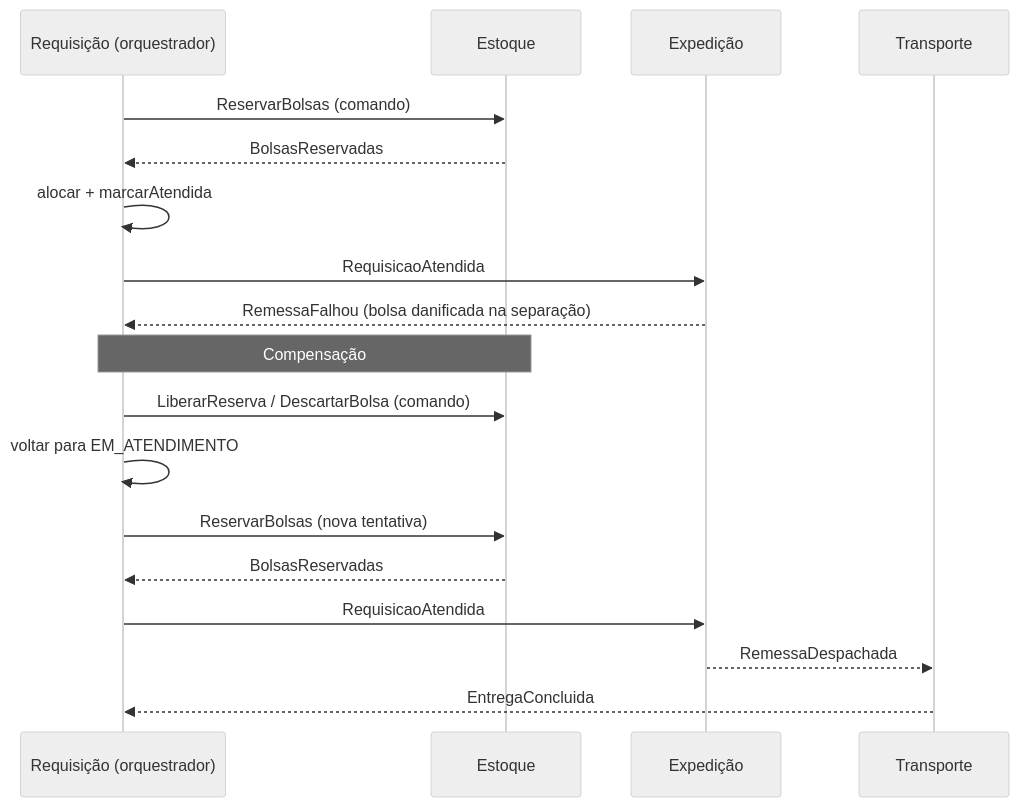
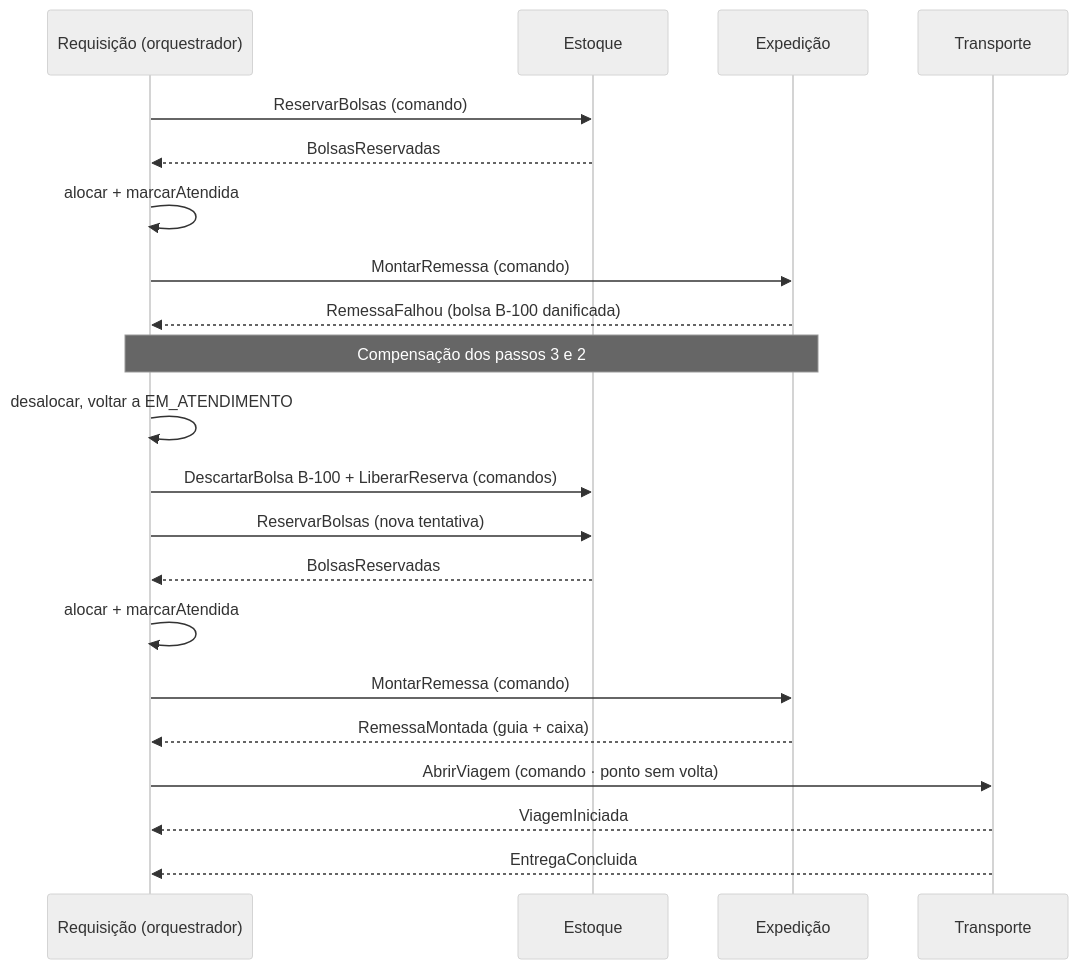
Before and after one commit to egs3-coder/Trabalho-U2-Parte-2-Planejamento-da-remodelagem: the diagram in docs/arquitetura/microsservicos/saga-atender-requisicao.mmd, drawn with Mermaid (neutral theme). The commit also changed 20 other files, not shown here.

```diff
--- a/docs/arquitetura/microsservicos/saga-atender-requisicao.mmd
+++ b/docs/arquitetura/microsservicos/saga-atender-requisicao.mmd
@@ -1,18 +1,21 @@
 sequenceDiagram
   participant R as Requisição (orquestrador)
   participant E as Estoque
   participant X as Expedição
   participant T as Transporte
   R->>E: ReservarBolsas (comando)
   E-->>R: BolsasReservadas
   R->>R: alocar + marcarAtendida
-  R->>X: RequisicaoAtendida
-  X-->>R: RemessaFalhou (bolsa danificada na separação)
-  Note over R,E: Compensação
-  R->>E: LiberarReserva / DescartarBolsa (comando)
-  R->>R: voltar para EM_ATENDIMENTO
+  R->>X: MontarRemessa (comando)
+  X-->>R: RemessaFalhou (bolsa B-100 danificada)
+  Note over R,X: Compensação dos passos 3 e 2
+  R->>R: desalocar, voltar a EM_ATENDIMENTO
+  R->>E: DescartarBolsa B-100 + LiberarReserva (comandos)
   R->>E: ReservarBolsas (nova tentativa)
   E-->>R: BolsasReservadas
-  R->>X: RequisicaoAtendida
-  X-->>T: RemessaDespachada
+  R->>R: alocar + marcarAtendida
+  R->>X: MontarRemessa (comando)
+  X-->>R: RemessaMontada (guia + caixa)
+  R->>T: AbrirViagem (comando · ponto sem volta)
+  T-->>R: ViagemIniciada
   T-->>R: EntregaConcluida
```
